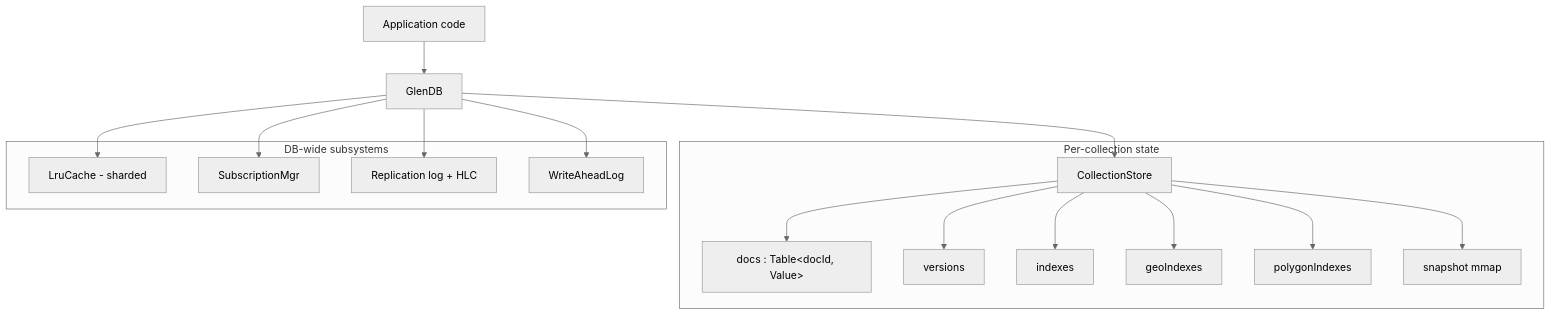
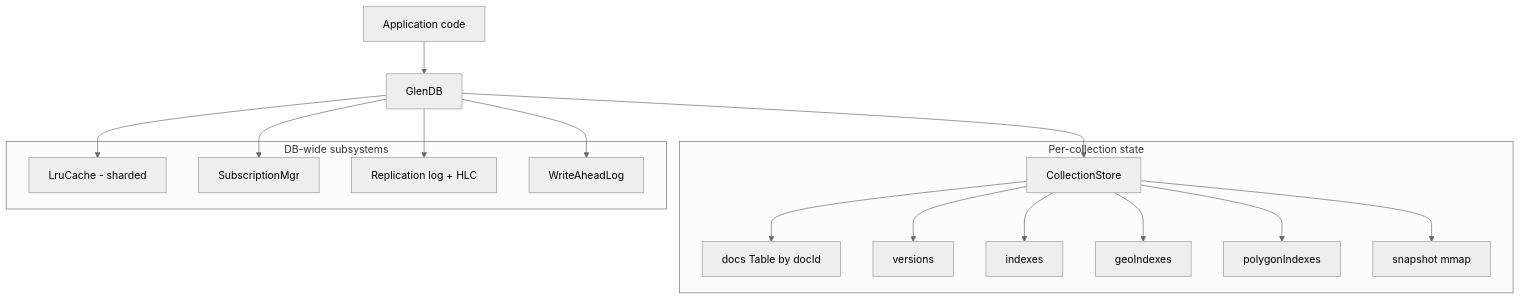
The first of 4 diagrams in docs/architecture.md (oshaulz/glen), drawn with Mermaid (neutral theme) before and after one commit. The commit also changed 1 other file, not shown here.

````diff
--- a/docs/architecture.md
+++ b/docs/architecture.md
@@ -8,28 +8,28 @@
 ```mermaid
 graph TB
   App[Application code]
   App --> DB[GlenDB]
 
   subgraph "Per-collection state"
     CS[CollectionStore]
-    CS --> Docs[docs : Table&lt;docId, Value&gt;]
+    CS --> Docs[docs Table by docId]
     CS --> Vers[versions]
     CS --> Eq[indexes]
     CS --> Geo[geoIndexes]
     CS --> Poly[polygonIndexes]
     CS --> Snap[snapshot mmap]
   end
 
   subgraph "DB-wide subsystems"
     Cache[LruCache - sharded]
     Subs[SubscriptionMgr]
     Repl[Replication log + HLC]
     WAL[WriteAheadLog]
   end
 
   DB --> CS
   DB --> Cache
   DB --> Subs
   DB --> Repl
   DB --> WAL
 ```
````
